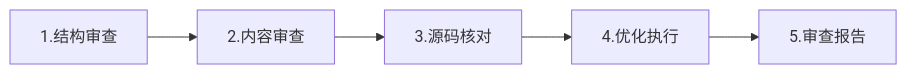
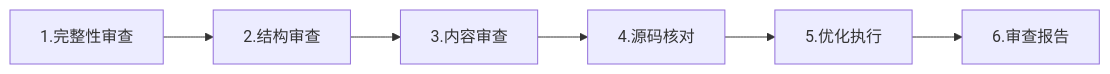
One commit to wilimm/rocketmq changed the diagram in .trae/skills/doc-optimization/SKILL.md. Above: the diagram before and after it, drawn with Mermaid. The commit also changed other lines of this file and 12 other files, not shown here.

````diff
--- a/.trae/skills/doc-optimization/SKILL.md
+++ b/.trae/skills/doc-optimization/SKILL.md
@@ -10,7 +10,8 @@
 ```mermaid
 flowchart LR
-    A[1.结构审查] --> B[2.内容审查]
-    B --> C[3.源码核对]
-    C --> D[4.优化执行]
-    D --> E[5.审查报告]
+    A[1.完整性审查] --> B[2.结构审查]
+    B --> C[3.内容审查]
+    C --> D[4.源码核对]
+    D --> E[5.优化执行]
+    E --> F[6.审查报告]
 ```
````
